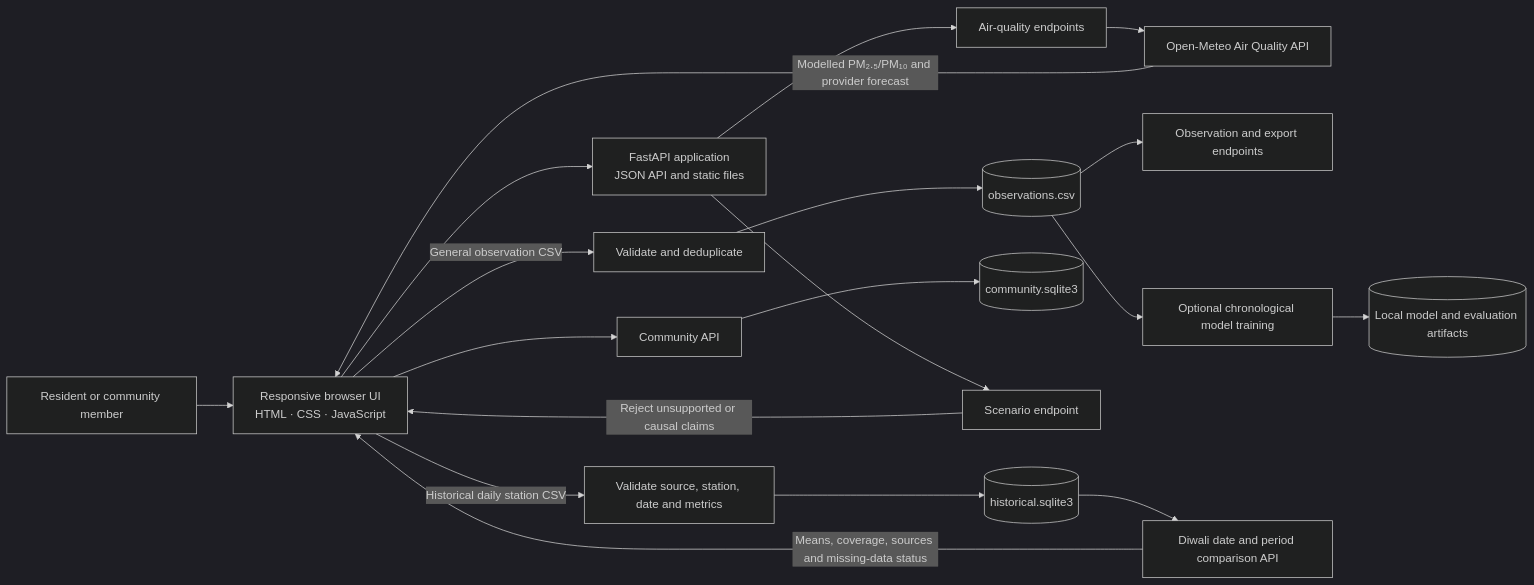
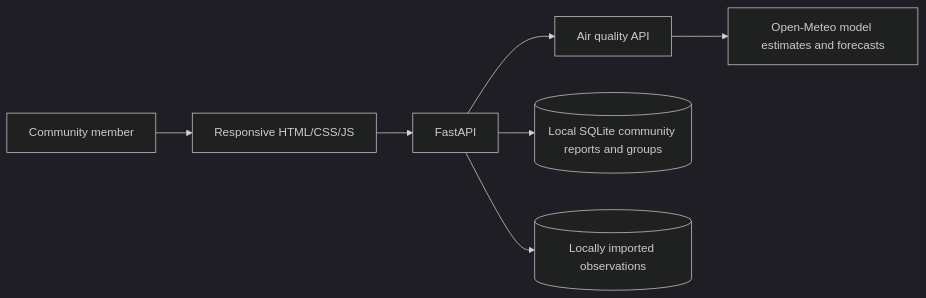
The diagram in README.md (chahat-codes/VayuRakshak), drawn with Mermaid (dark theme) before and after one commit. The commit also changed other lines of this file and 12 other files, not shown here.

Commit message:
Refocus Vayurakshak on community reports and air quality

````diff
--- a/README.md
+++ b/README.md
@@ -47,26 +47,9 @@
 ```mermaid
 flowchart LR
-    Person[Resident or community member] --> UI[Responsive browser UI<br/>HTML · CSS · JavaScript]
-    UI --> API[FastAPI application<br/>JSON API and static files]
-
-    API --> Air[Air-quality endpoints]
-    Air --> OM[Open-Meteo Air Quality API]
-    OM -->|Modelled PM₂.₅/PM₁₀ and provider forecast| UI
-
-    UI -->|General observation CSV| Import[Validate and deduplicate]
-    Import --> CSV[(observations.csv)]
-    CSV --> History[Observation and export endpoints]
-    CSV --> Train[Optional chronological model training]
-    Train --> Artifacts[(Local model and evaluation artifacts)]
-
-    UI -->|Historical daily station CSV| HistImport[Validate source, station, date and metrics]
-    HistImport --> HistDB[(historical.sqlite3)]
-    HistDB --> Compare[Diwali date and period comparison API]
-    Compare -->|Means, coverage, sources and missing-data status| UI
-
-    UI --> CommunityAPI[Community API]
-    CommunityAPI --> CommunityDB[(community.sqlite3)]
-
-    API --> Scenario[Scenario endpoint]
-    Scenario -->|Reject unsupported or causal claims| UI
+  Person[Community member] --> UI[Responsive HTML/CSS/JS]
+  UI --> API[FastAPI]
+  API --> AQ[Air quality API]
+  AQ --> OM[Open-Meteo model estimates and forecasts]
+  API --> DB[(Local SQLite community reports and groups)]
+  API --> CSV[(Locally imported observations)]
 ```
````
